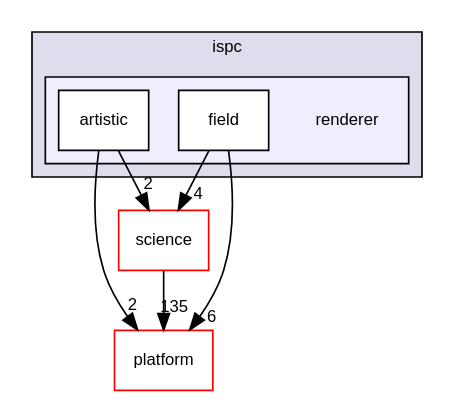
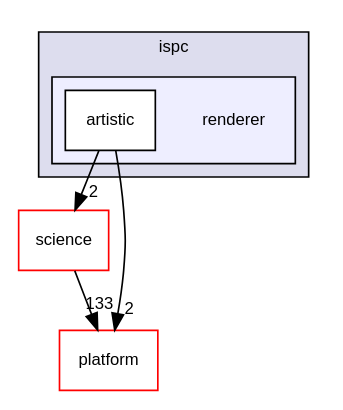
Before and after one commit to BlueBrain/BioExplorer: the diagram in docs/dir_86f0b4869ee09c874d23be5e71808b13_dep.dot, drawn with Graphviz. The commit also changed 1194 other files, not shown here.

```diff
--- a/docs/dir_86f0b4869ee09c874d23be5e71808b13_dep.dot
+++ b/docs/dir_86f0b4869ee09c874d23be5e71808b13_dep.dot
@@ -1,21 +1,18 @@
 digraph "bioexplorer/backend/module/ispc/renderer" {
   compound=true
   node [ fontsize="10", fontname="Helvetica"];
   edge [ labelfontsize="10", labelfontname="Helvetica"];
   subgraph clusterdir_069a0991ae581133e923f6a2203994db {
     graph [ bgcolor="#ddddee", pencolor="black", label="ispc" fontname="Helvetica", fontsize="10", URL="dir_069a0991ae581133e923f6a2203994db.html"]
   subgraph clusterdir_86f0b4869ee09c874d23be5e71808b13 {
     graph [ bgcolor="#eeeeff", pencolor="black", label="" URL="dir_86f0b4869ee09c874d23be5e71808b13.html"];
     dir_86f0b4869ee09c874d23be5e71808b13 [shape=plaintext label="renderer"];
   dir_46d750f99bdad3940df2dcd775c4dbce [shape=box label="artistic" fillcolor="white" style="filled" URL="dir_46d750f99bdad3940df2dcd775c4dbce.html"];
-  dir_e621d151632c4ea9ff46846cedc37e96 [shape=box label="field" fillcolor="white" style="filled" URL="dir_e621d151632c4ea9ff46846cedc37e96.html"];
   }
   }
   dir_14d627cccd023aaf4f18eaf1359097e2 [shape=box label="science" fillcolor="white" style="filled" color="red" URL="dir_14d627cccd023aaf4f18eaf1359097e2.html"];
   dir_c5a52a81292cf9a5167198f4f346d6d9 [shape=box label="platform" fillcolor="white" style="filled" color="red" URL="dir_c5a52a81292cf9a5167198f4f346d6d9.html"];
-  dir_14d627cccd023aaf4f18eaf1359097e2->dir_c5a52a81292cf9a5167198f4f346d6d9 [headlabel="135", labeldistance=1.5 headhref="dir_000038_000061.html"];
-  dir_46d750f99bdad3940df2dcd775c4dbce->dir_14d627cccd023aaf4f18eaf1359097e2 [headlabel="2", labeldistance=1.5 headhref="dir_000008_000038.html"];
+  dir_14d627cccd023aaf4f18eaf1359097e2->dir_c5a52a81292cf9a5167198f4f346d6d9 [headlabel="133", labeldistance=1.5 headhref="dir_000037_000061.html"];
+  dir_46d750f99bdad3940df2dcd775c4dbce->dir_14d627cccd023aaf4f18eaf1359097e2 [headlabel="2", labeldistance=1.5 headhref="dir_000008_000037.html"];
   dir_46d750f99bdad3940df2dcd775c4dbce->dir_c5a52a81292cf9a5167198f4f346d6d9 [headlabel="2", labeldistance=1.5 headhref="dir_000008_000061.html"];
-  dir_e621d151632c4ea9ff46846cedc37e96->dir_14d627cccd023aaf4f18eaf1359097e2 [headlabel="4", labeldistance=1.5 headhref="dir_000009_000038.html"];
-  dir_e621d151632c4ea9ff46846cedc37e96->dir_c5a52a81292cf9a5167198f4f346d6d9 [headlabel="6", labeldistance=1.5 headhref="dir_000009_000061.html"];
 }
```
